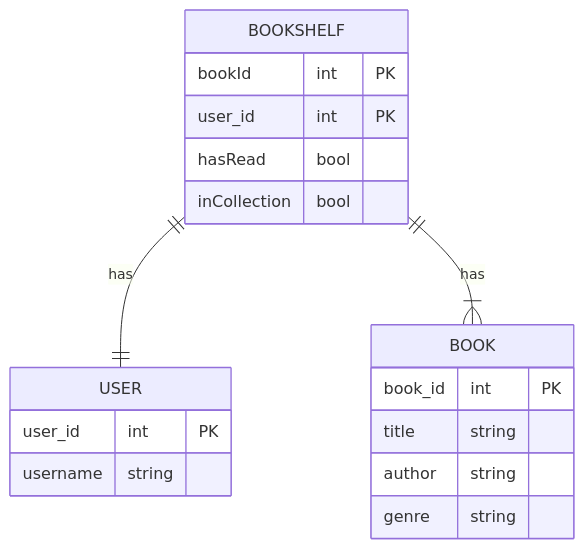
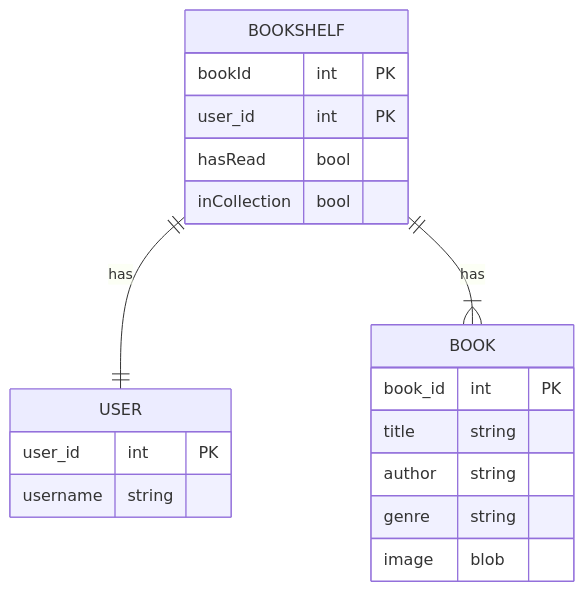
Before and after one commit to LoganPickell/AgileArchitects_ModernSoftwareDevelopment: the diagram in planning.md, drawn with Mermaid. The commit also changed 5 other files, not shown here.

````diff
--- a/planning.md
+++ b/planning.md
@@ -3,30 +3,31 @@
 ```mermaid
 erDiagram
 
 USER{
     user_id int PK
     username string
 }
 
 BOOK {
     book_id int PK
     title string
     author string
     genre string
+    image blob
     
 }
 
 
 BOOKSHELF {
     bookId int  PK
     user_id int PK
     hasRead bool
     inCollection bool
 }
 
 
 BOOKSHELF ||--|| USER : has
 BOOKSHELF ||--|{ BOOK : has
 
 
 ```
````
